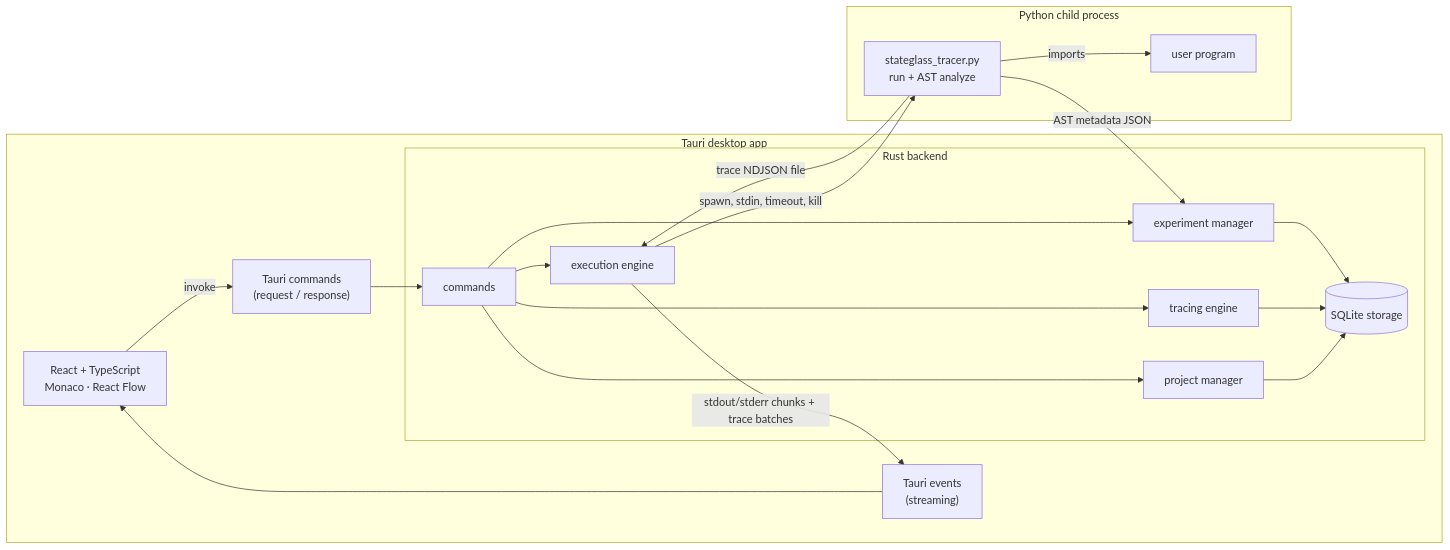
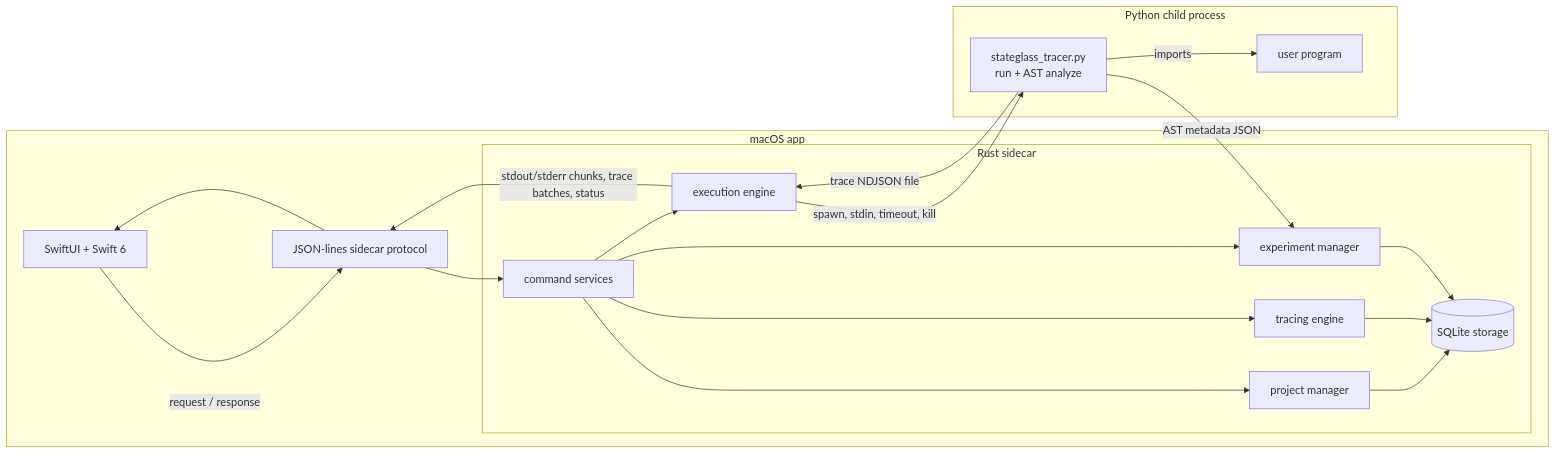
The diagram in README.md (Apollo-Studio-Moonshot/StateGlass), drawn with Mermaid before and after one commit. The commit also changed other lines of this file and 17 other files, not shown here.

Commit message:
Replace desktop UI with SwiftUI

````diff
--- a/README.md
+++ b/README.md
@@ -129,35 +122,34 @@
 ```mermaid
 flowchart LR
-    subgraph Desktop["Tauri desktop app"]
-        UI["React + TypeScript<br/>Monaco · React Flow"]
-        IPC["Tauri commands<br/>(request / response)"]
-        EV["Tauri events<br/>(streaming)"]
-        subgraph Rust["Rust backend"]
-            CMD[commands]
+    subgraph Desktop["macOS app"]
+        UI["SwiftUI + Swift 6"]
+        IPC["JSON-lines sidecar protocol"]
+        subgraph Rust["Rust sidecar"]
+            CMD[command services]
             PM[project manager]
             EX[execution engine]
             TR[tracing engine]
             XP[experiment manager]
             ST[(SQLite storage)]
         end
     end
 
     subgraph Py["Python child process"]
         T["stateglass_tracer.py<br/>run + AST analyze"]
         P["user program"]
     end
 
-    UI -->|invoke| IPC --> CMD
+    UI -->|request / response| IPC --> CMD
     CMD --> PM
     CMD --> EX
     CMD --> TR
     CMD --> XP
     PM --> ST
     TR --> ST
     XP --> ST
     EX -->|spawn, stdin, timeout, kill| T
     T -->|trace NDJSON file| EX
-    EX -->|stdout/stderr chunks + trace batches| EV --> UI
+    EX -->|stdout/stderr chunks, trace batches, status| IPC --> UI
     T -->|imports| P
     T -->|AST metadata JSON| XP
 ```
````
